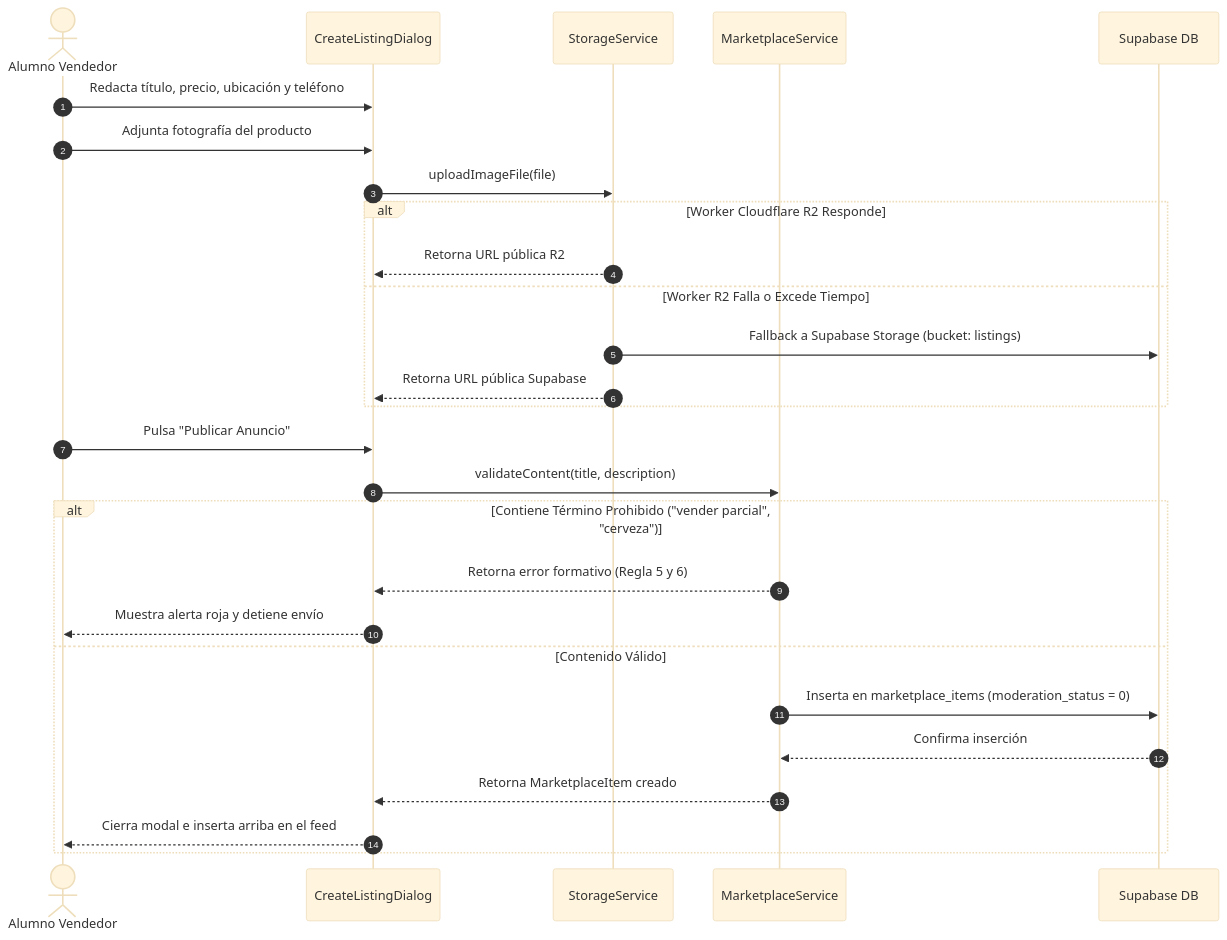
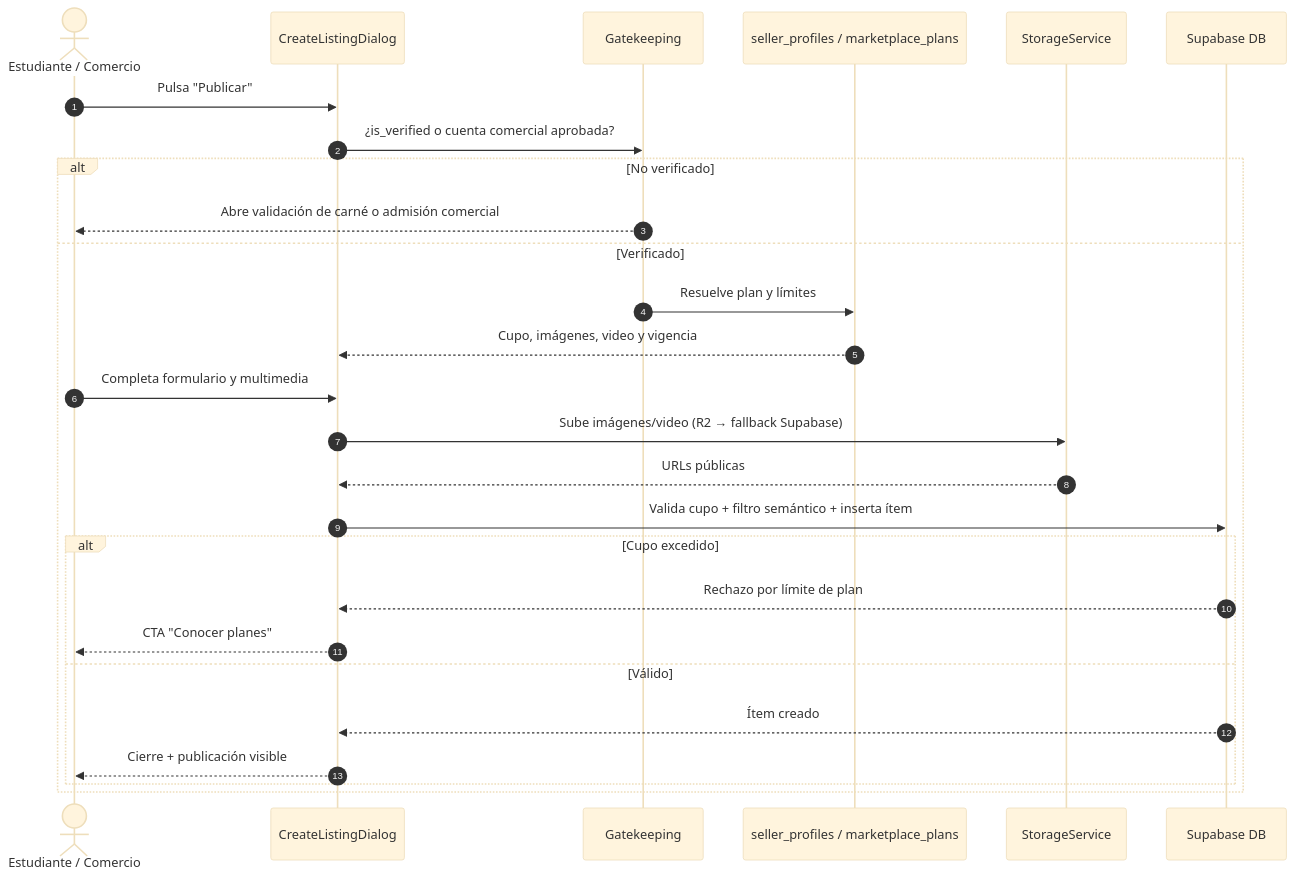
The second of 5 diagrams in docs/ux/04-marketplace.md (Trebol4Devop/Comunidad_USAC), drawn with Mermaid (base theme) before and after one commit. The commit also changed other lines of this file, not shown here.

First line of the commit message:
docs(marketplace): actualizar spec UX con planes, feed y telemetría

````diff
--- a/docs/ux/04-marketplace.md
+++ b/docs/ux/04-marketplace.md
@@ -555,30 +1677,30 @@
 ```mermaid
 sequenceDiagram
     autonumber
-    actor Vendedor as Alumno Vendedor
-    participant Modal as CreateListingDialog
+    actor Vendedor as Estudiante / Comercio
+    participant UI as CreateListingDialog
+    participant Gate as Gatekeeping
+    participant Plan as seller_profiles / marketplace_plans
     participant Storage as StorageService
-    participant Service as MarketplaceService
     participant DB as Supabase DB
 
-    Vendedor->>Modal: Redacta título, precio, ubicación y teléfono
-    Vendedor->>Modal: Adjunta fotografía del producto
-    Modal->>Storage: uploadImageFile(file)
-    alt Worker Cloudflare R2 Responde
-        Storage-->>Modal: Retorna URL pública R2
-    else Worker R2 Falla o Excede Tiempo
-        Storage->>DB: Fallback a Supabase Storage (bucket: listings)
-        Storage-->>Modal: Retorna URL pública Supabase
-    end
-    Vendedor->>Modal: Pulsa "Publicar Anuncio"
-    Modal->>Service: validateContent(title, description)
-    alt Contiene Término Prohibido ("vender parcial", "cerveza")
-        Service-->>Modal: Retorna error formativo (Regla 5 y 6)
-        Modal-->>Vendedor: Muestra alerta roja y detiene envío
-    else Contenido Válido
-        Service->>DB: Inserta en marketplace_items (moderation_status = 0)
-        DB-->>Service: Confirma inserción
-        Service-->>Modal: Retorna MarketplaceItem creado
-        Modal-->>Vendedor: Cierra modal e inserta arriba en el feed
+    Vendedor->>UI: Pulsa "Publicar"
+    UI->>Gate: ¿is_verified o cuenta comercial aprobada?
+    alt No verificado
+        Gate-->>Vendedor: Abre validación de carné o admisión comercial
+    else Verificado
+        Gate->>Plan: Resuelve plan y límites
+        Plan-->>UI: Cupo, imágenes, video y vigencia
+        Vendedor->>UI: Completa formulario y multimedia
+        UI->>Storage: Sube imágenes/video (R2 → fallback Supabase)
+        Storage-->>UI: URLs públicas
+        UI->>DB: Valida cupo + filtro semántico + inserta ítem
+        alt Cupo excedido
+            DB-->>UI: Rechazo por límite de plan
+            UI-->>Vendedor: CTA "Conocer planes"
+        else Válido
+            DB-->>UI: Ítem creado
+            UI-->>Vendedor: Cierre + publicación visible
+        end
     end
 ```
````
